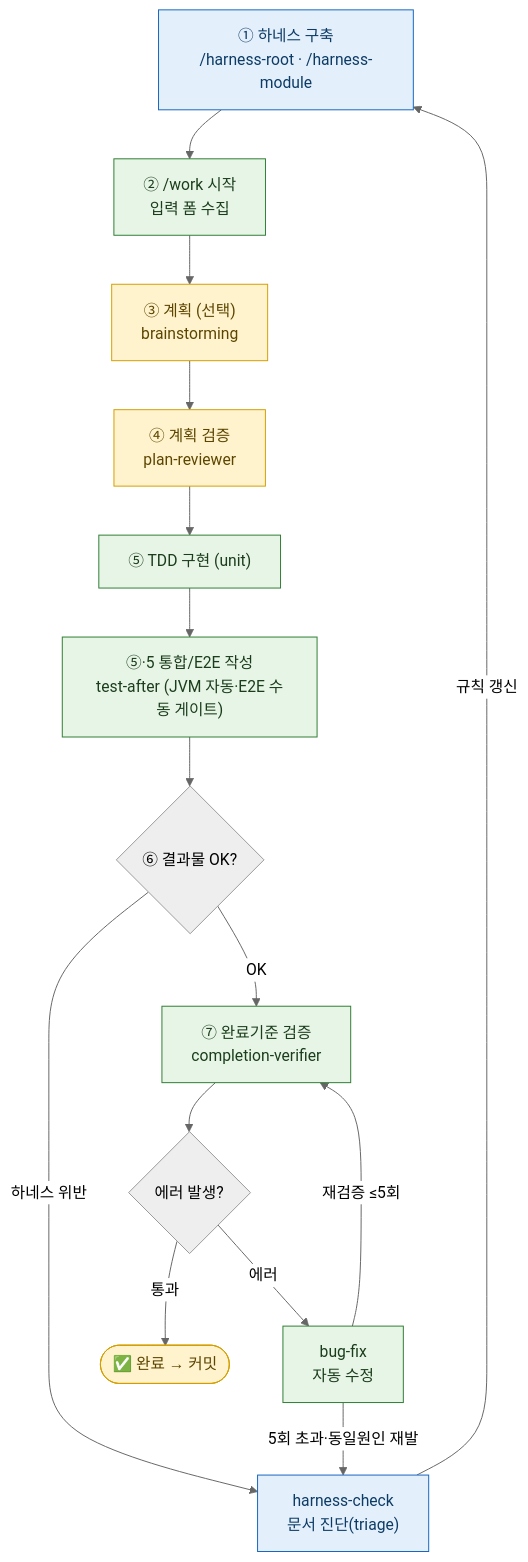
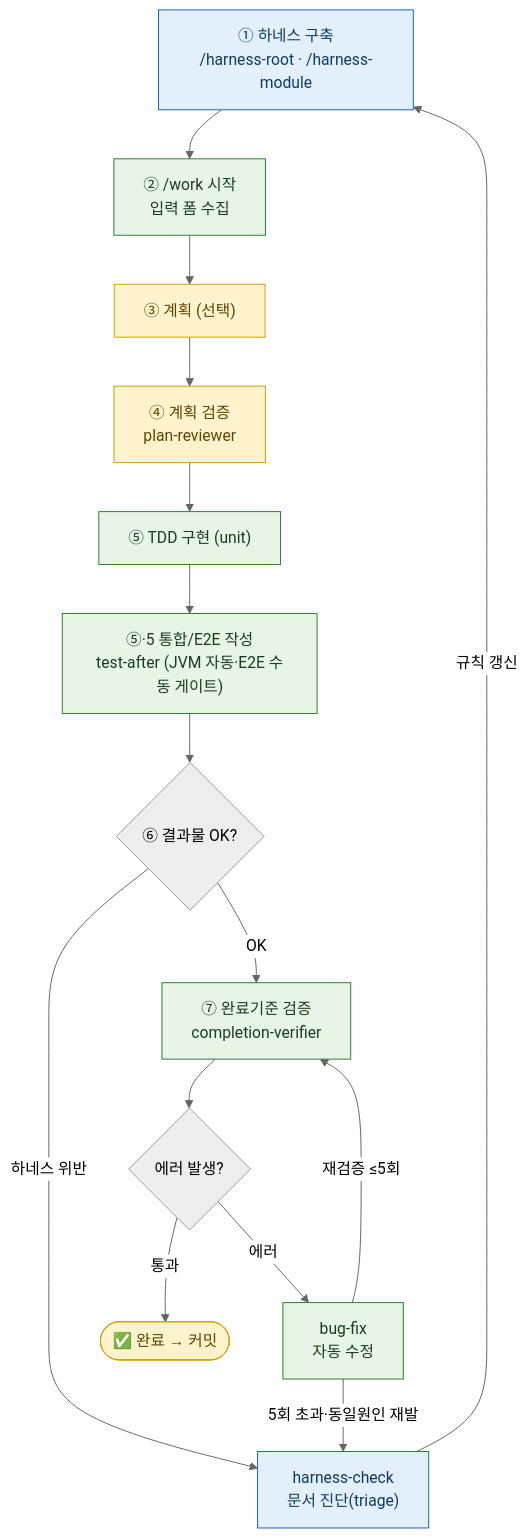
One commit to yunjeLee/yeoboya_harness_plugin changed the diagram in README.md. Above: the diagram before and after it, drawn with Mermaid (neutral theme). The commit also changed other lines of this file, not shown here.

````diff
--- a/README.md
+++ b/README.md
@@ -76,24 +76,24 @@
 ```mermaid
 flowchart TD
     H["① 하네스 구축<br/>/harness-root · /harness-module"]:::harness
     H --> W["② /work 시작<br/>입력 폼 수집"]:::auto
-    W --> P["③ 계획 (선택)<br/>brainstorming"]:::gate
+    W --> P["③ 계획 (선택)"]:::gate
     P --> PR["④ 계획 검증<br/>plan-reviewer"]:::gate
     PR --> TDD["⑤ TDD 구현 (unit)"]:::auto
     TDD --> IT["⑤·5 통합/E2E 작성<br/>test-after (JVM 자동·E2E 수동 게이트)"]:::auto
     IT --> Q{"⑥ 결과물 OK?"}
     Q -->|하네스 위반| HC
     Q -->|OK| CRI["⑦ 완료기준 검증<br/>completion-verifier"]:::auto
     CRI --> Q2{에러 발생?}
     Q2 -->|에러| BF["bug-fix<br/>자동 수정"]:::auto
     BF -->|재검증 ≤5회| CRI
     Q2 -->|통과| DONE([✅ 완료 → 커밋]):::gate
 
     BF -->|5회 초과·동일원인 재발| HC
     HC["harness-check<br/>문서 진단(triage)"]:::harness
     HC -->|규칙 갱신| H
 
     classDef auto fill:#e7f5e7,stroke:#2e7d32,color:#1b3d1b
     classDef gate fill:#fff3cd,stroke:#d39e00,color:#5c4500
     classDef harness fill:#e3f0fb,stroke:#1565c0,color:#0d3b66
 ```
````
